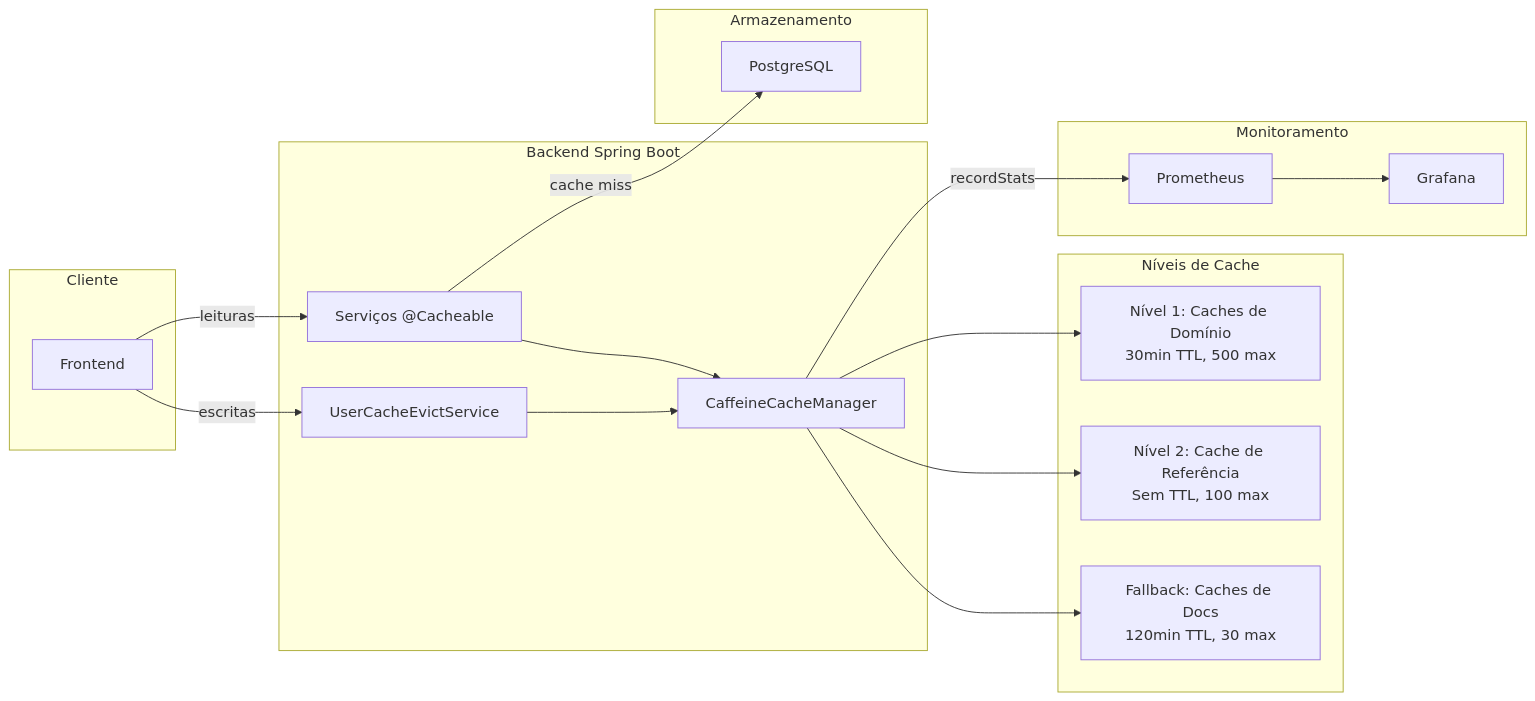
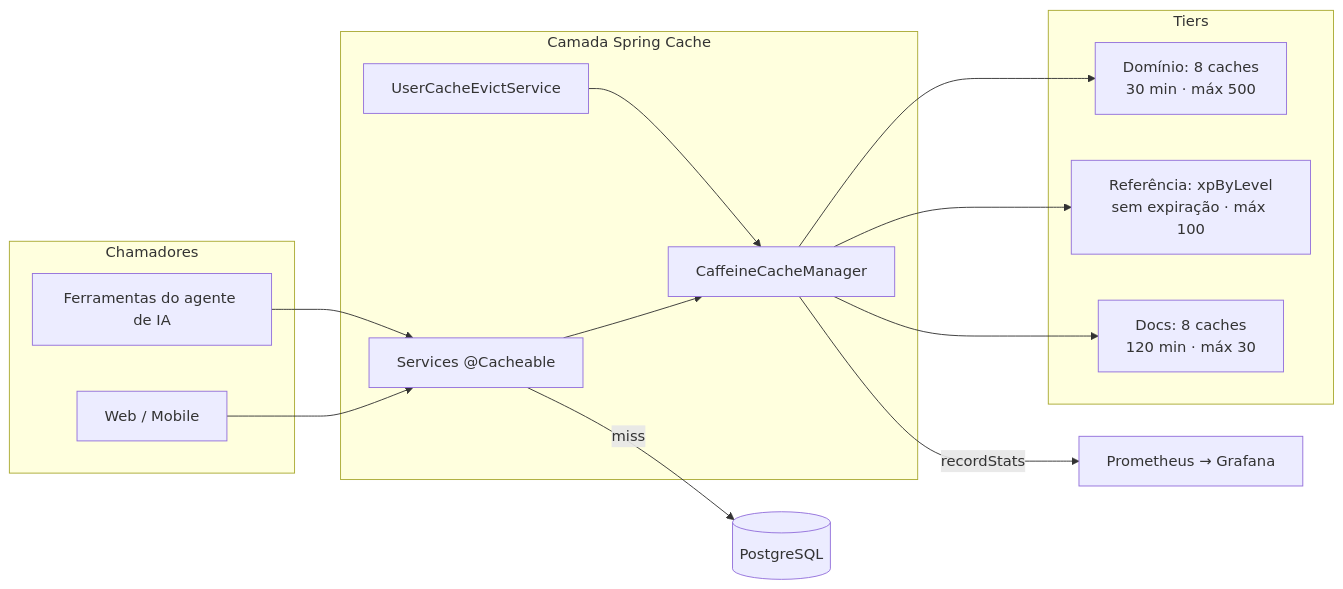
One commit to AndDev741/Beyou-arch-design changed the diagram in architecture/cache-system/pt.md. Above: the diagram before and after it, drawn with Mermaid. The commit also changed other lines of this file and 7 other files, not shown here.

First line of the commit message:
docs(architecture): refresh the AOP and cache topics against main

````diff
--- a/architecture/cache-system/pt.md
+++ b/architecture/cache-system/pt.md
@@ -10,38 +10,29 @@
 ```mermaid
 flowchart LR
-  subgraph "Cliente"
-    FE["Frontend"]
+  subgraph clients["Chamadores"]
+    FE["Web / Mobile"]
+    AG["Ferramentas do agente de IA"]
   end
 
-  subgraph "Backend Spring Boot"
-    SC["Serviços @Cacheable"]
+  subgraph spring["Camada Spring Cache"]
+    SC["Services @Cacheable"]
     EC["UserCacheEvictService"]
     CM["CaffeineCacheManager"]
   end
 
-  subgraph "Níveis de Cache"
-    T1["Nível 1: Caches de Domínio\n30min TTL, 500 max"]
-    T2["Nível 2: Cache de Referência\nSem TTL, 100 max"]
-    T3["Fallback: Caches de Docs\n120min TTL, 30 max"]
+  subgraph tiers["Tiers"]
+    T1["Domínio: 8 caches<br/>30 min · máx 500"]
+    T2["Referência: xpByLevel<br/>sem expiração · máx 100"]
+    T3["Docs: 8 caches<br/>120 min · máx 30"]
   end
 
-  subgraph "Armazenamento"
-    DB["PostgreSQL"]
-  end
-
-  subgraph "Monitoramento"
-    PR["Prometheus"]
-    GR["Grafana"]
-  end
-
-  FE -->|leituras| SC
-  FE -->|escritas| EC
+  FE --> SC
+  AG --> SC
   SC --> CM
   EC --> CM
   CM --> T1
   CM --> T2
   CM --> T3
-  SC -->|cache miss| DB
-  CM -->|recordStats| PR
-  PR --> GR
+  SC -->|"miss"| DB[("PostgreSQL")]
+  CM -->|"recordStats"| PR["Prometheus → Grafana"]
 ```
````
